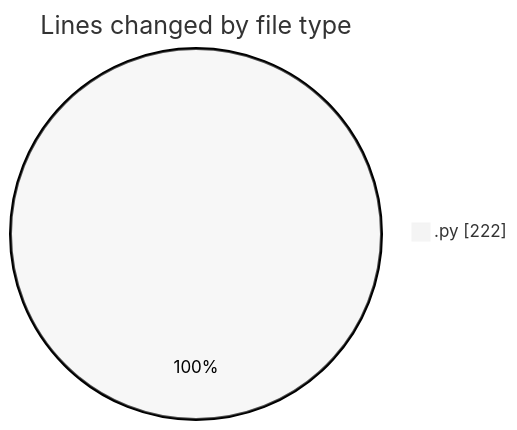
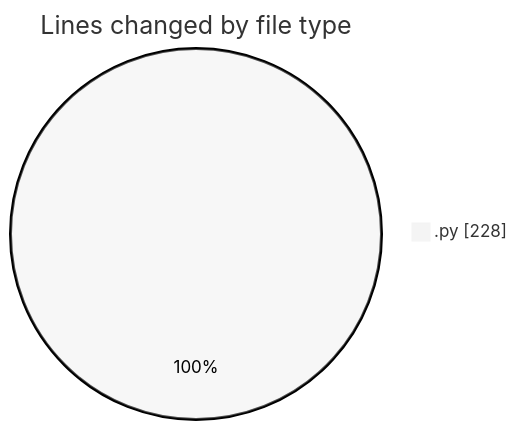
Before and after one commit to Ritupan-Deka/code-tracking: the first of 2 diagrams in 2025-01-21/projects/README.md, drawn with Mermaid (neutral theme). The commit also changed other lines of this file and 1 other file, not shown here.

````diff
--- a/2025-01-21/projects/README.md
+++ b/2025-01-21/projects/README.md
@@ -20,5 +20,5 @@
 ```mermaid
 pie showData
 title Lines changed by file type
-".py" : 222
+".py" : 228
 ```
````
